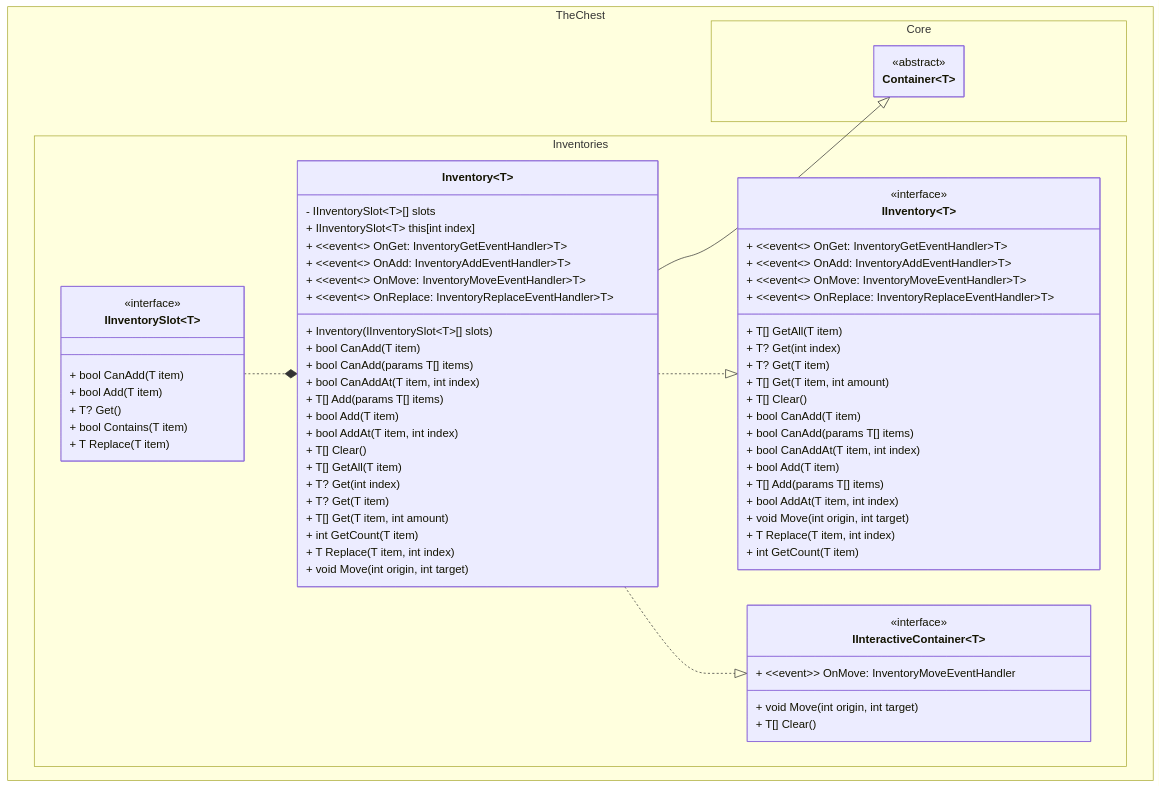
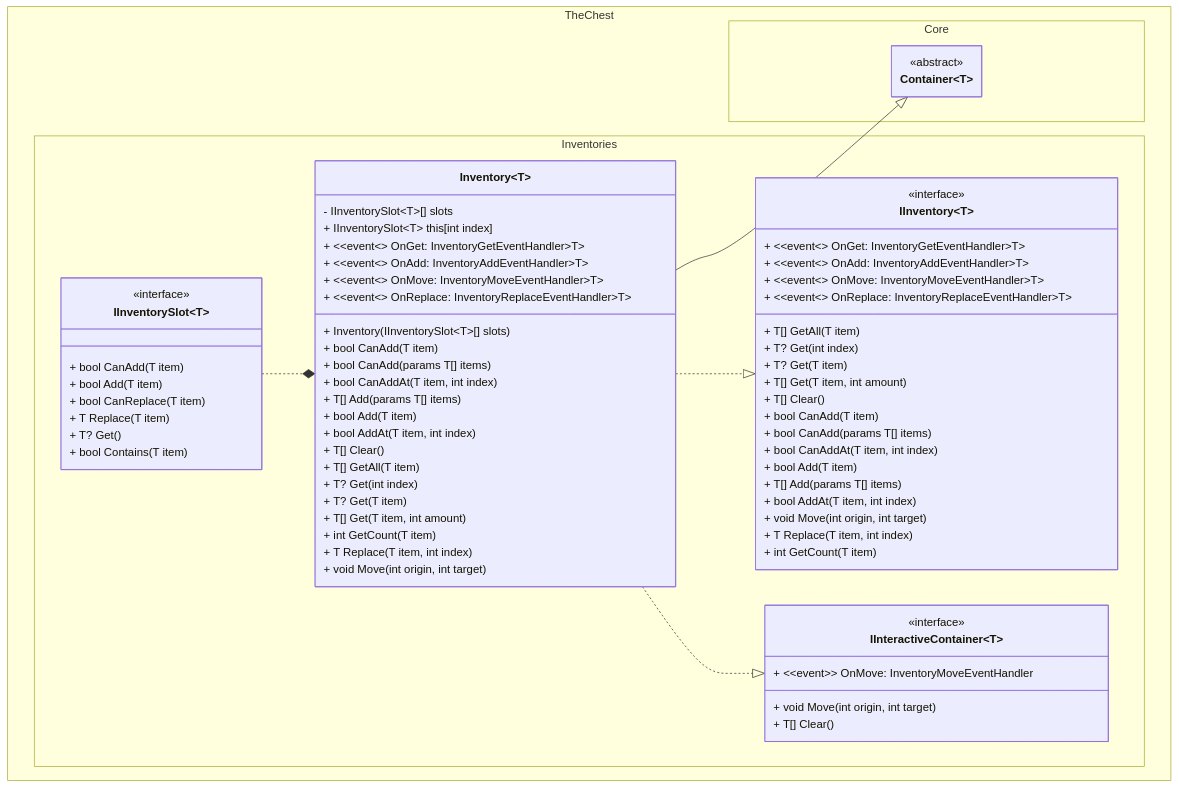
The first of 2 diagrams in docs/inventory/class_diagram.md (The-Chest/TheChest.Inventories), drawn with Mermaid before and after one commit. The commit also changed 1 other file, not shown here.

Commit message:
Adds docs for canreplace methods

```diff
--- a/docs/inventory/class_diagram.md
+++ b/docs/inventory/class_diagram.md
@@ -46,9 +46,12 @@
         class IInventorySlot~T~ {
 	        + bool CanAdd(T item)
 	        + bool Add(T item)
+
+			+ bool CanReplace(T item)
+	        + T Replace(T item)
+
 	        + T? Get()
 	        + bool Contains(T item)
-	        + T Replace(T item)
         }
         class Inventory~T~ {
 	        - IInventorySlot~T~[] slots
```
